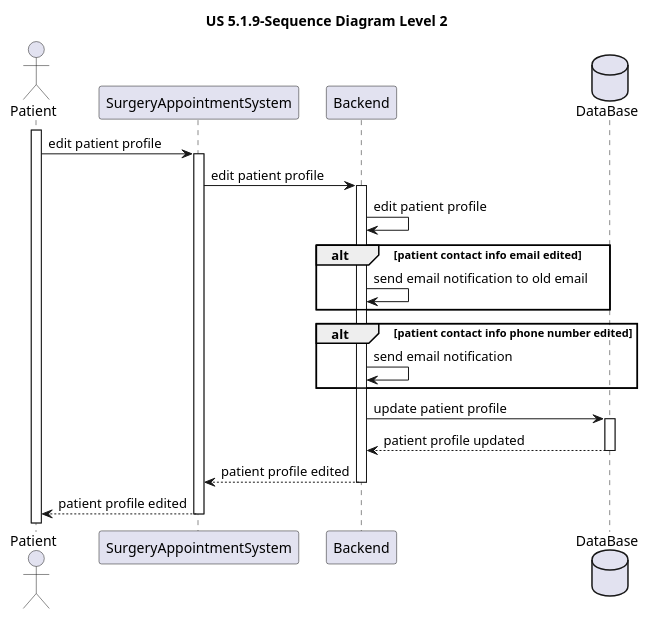
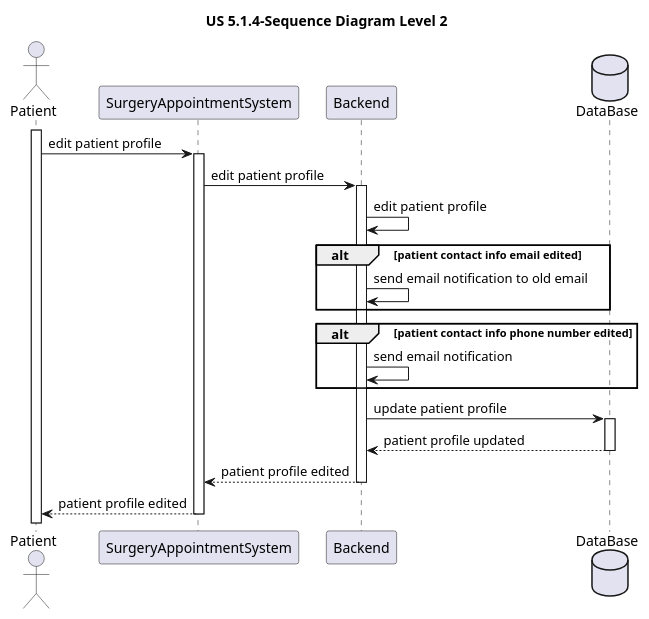
One commit to MateusCabral2004/sem5pi changed the diagram in docs/Sprint 1/US 5.1.4/Sequence Diagrams/Level2/SD_Level2.puml. Above: the diagram before and after it, drawn with PlantUML. The commit also changed 2 other files, not shown here.

```diff
--- a/docs/Sprint 1/US 5.1.4/Sequence Diagrams/Level2/SD_Level2.puml
+++ b/docs/Sprint 1/US 5.1.4/Sequence Diagrams/Level2/SD_Level2.puml
@@ -1,39 +1,39 @@
 @startuml
-title US 5.1.9-Sequence Diagram Level 2
+title US 5.1.4-Sequence Diagram Level 2
 
 actor Patient
 participant SurgeryAppointmentSystem
 participant Backend
 database DataBase
 
 activate Patient
 
 Patient -> SurgeryAppointmentSystem: edit patient profile
 
 activate SurgeryAppointmentSystem
 
 SurgeryAppointmentSystem -> Backend: edit patient profile
 
 activate Backend 
 
 Backend -> Backend:edit patient profile
 alt patient contact info email edited
 Backend -> Backend: send email notification to old email
 end
 
 alt patient contact info phone number edited
 Backend-> Backend: send email notification
 end
 
 Backend -> DataBase: update patient profile
 activate DataBase
 
 DataBase --> Backend: patient profile updated
 deactivate DataBase
 
 Backend --> SurgeryAppointmentSystem: patient profile edited
 deactivate Backend
 
 SurgeryAppointmentSystem --> Patient: patient profile edited
 deactivate SurgeryAppointmentSystem
 @enduml
```
